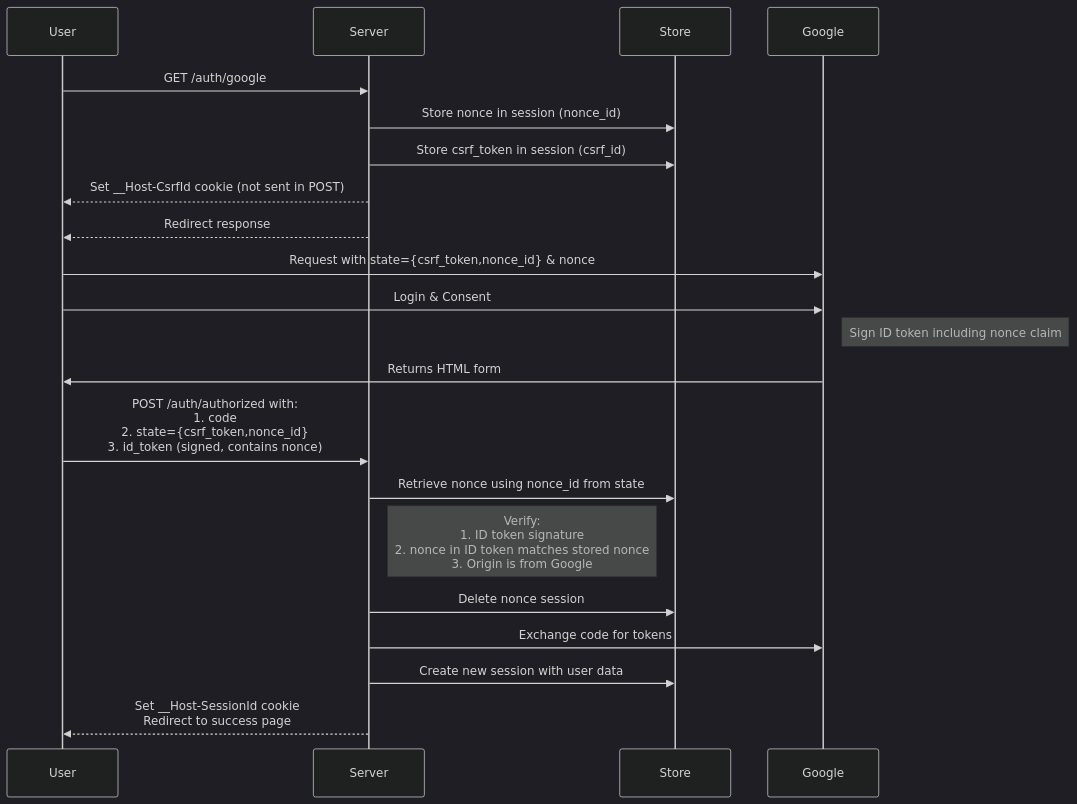
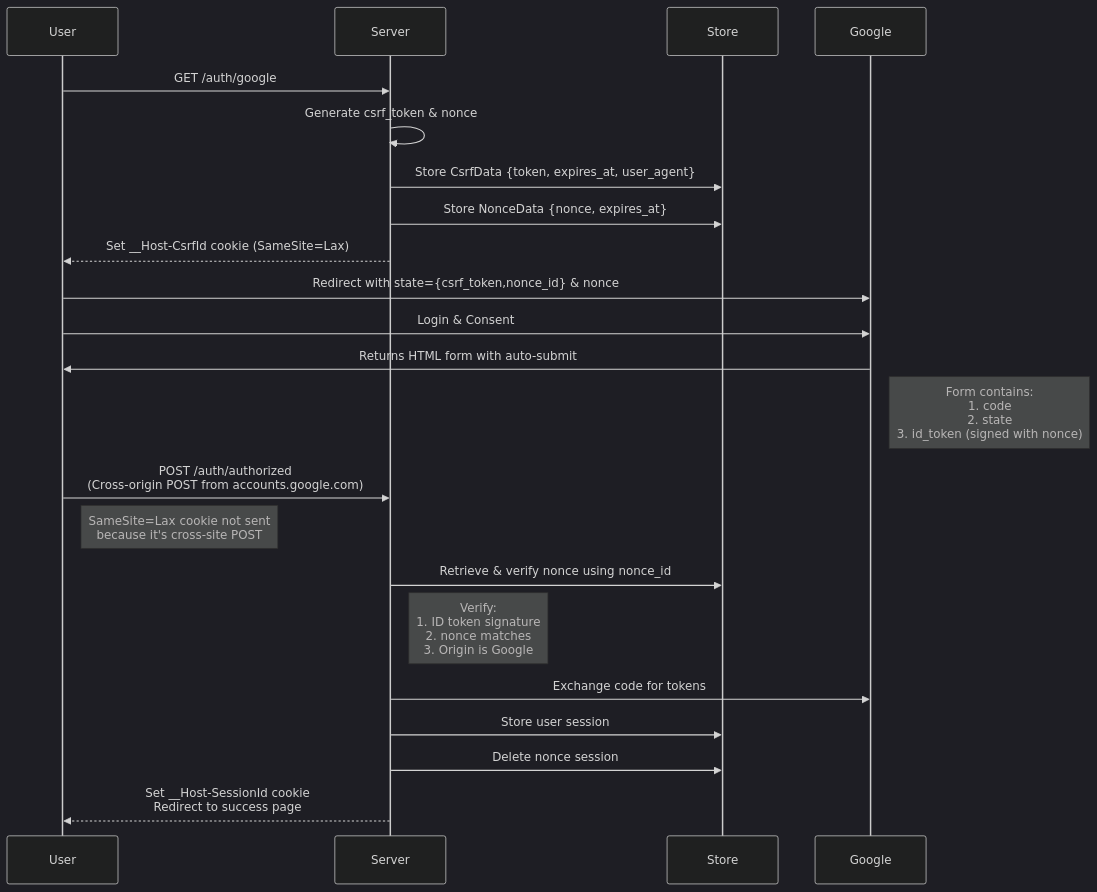
Before and after one commit to ktaka-ccmp/axum-google-oauth2: the first of 5 diagrams in Readme.md, drawn with Mermaid (dark theme). The commit also changed other lines of this file, not shown here.

````diff
--- a/Readme.md
+++ b/Readme.md
@@ -60,25 +62,28 @@
 ```mermaid
 sequenceDiagram
     participant User
     participant Server
     participant Store
     participant Google
 
     User->>Server: GET /auth/google
-    Server->>Store: Store nonce in session (nonce_id)
-    Server->>Store: Store csrf_token in session (csrf_id)
-    Server-->>User: Set __Host-CsrfId cookie (not sent in POST)
-    Server-->>User: Redirect response
-    User->>Google: Request with state={csrf_token,nonce_id} & nonce
+    Server->>Server: Generate csrf_token & nonce
+    Server->>Store: Store CsrfData {token, expires_at, user_agent}
+    Server->>Store: Store NonceData {nonce, expires_at}
+    Server-->>User: Set __Host-CsrfId cookie (SameSite=Lax)
+    User->>Google: Redirect with state={csrf_token,nonce_id} & nonce
+    
     User->>Google: Login & Consent
-    Note right of Google: Sign ID token including nonce claim
-    Google->>User: Returns HTML form
-    User->>Server: POST /auth/authorized with:<br/>1. code<br/>2. state={csrf_token,nonce_id}<br/>3. id_token (signed, contains nonce)
-    Server->>Store: Retrieve nonce using nonce_id from state
-    Note right of Server: Verify:<br/>1. ID token signature<br/>2. nonce in ID token matches stored nonce<br/>3. Origin is from Google
+    Google->>User: Returns HTML form with auto-submit
+    Note right of Google: Form contains:<br/>1. code<br/>2. state<br/>3. id_token (signed with nonce)
+    User->>Server: POST /auth/authorized<br/>(Cross-origin POST from accounts.google.com)
+    Note right of User: SameSite=Lax cookie not sent<br/>because it's cross-site POST
+    
+    Server->>Store: Retrieve & verify nonce using nonce_id
+    Note right of Server: Verify:<br/>1. ID token signature<br/>2. nonce matches<br/>3. Origin is Google
+    Server->>Google: Exchange code for tokens
+    Server->>Store: Store user session
     Server->>Store: Delete nonce session
-    Server->>Google: Exchange code for tokens
-    Server->>Store: Create new session with user data
     Server-->>User: Set __Host-SessionId cookie<br/>Redirect to success page
 
 ```
````
